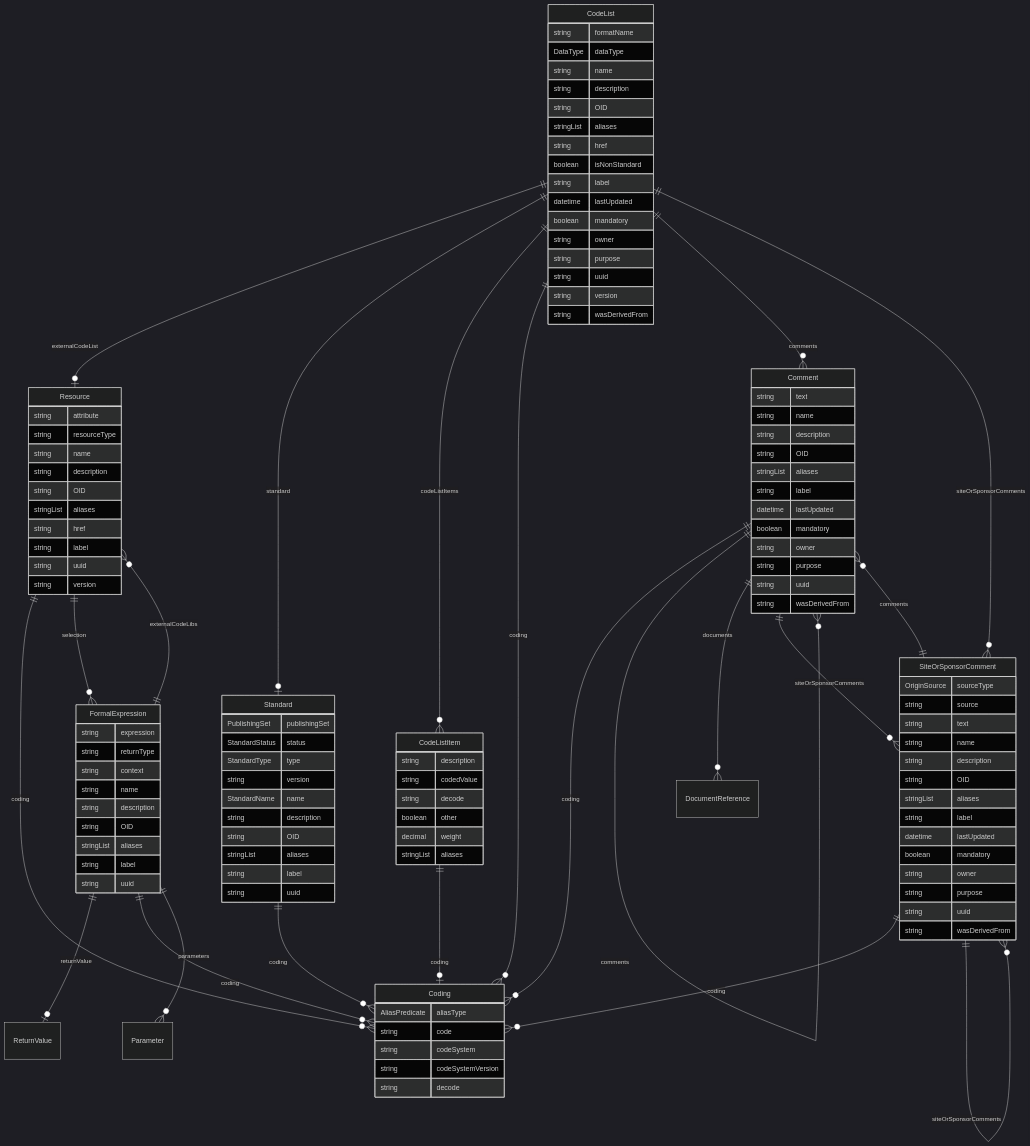
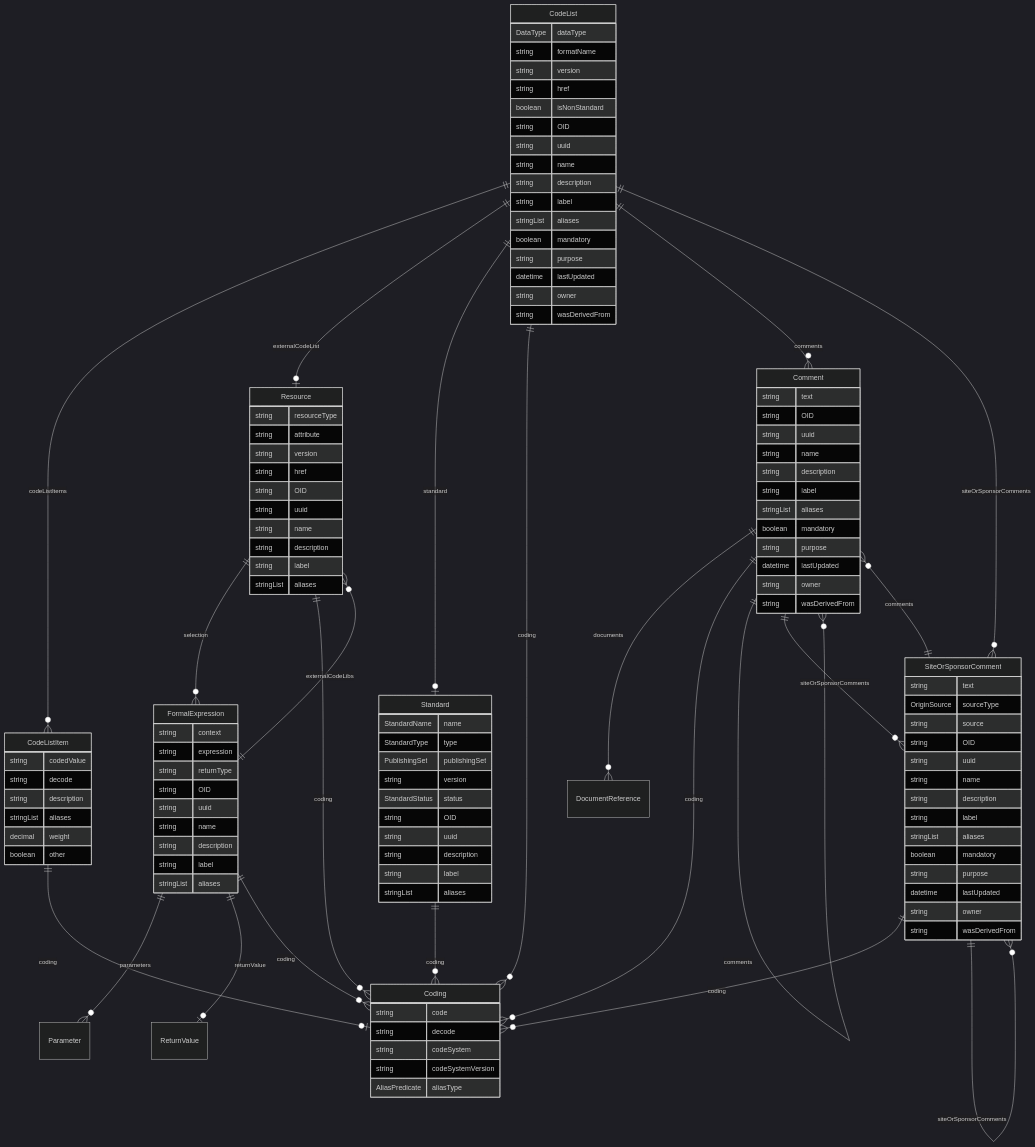
Before and after one commit to cdisc-org/DataExchange-DDS: the diagram in docs/classes/CodeList.md, drawn with Mermaid (dark theme). The commit also changed other lines of this file and 313 other files, not shown here.

````diff
--- a/docs/classes/CodeList.md
+++ b/docs/classes/CodeList.md
@@ -20,124 +15,124 @@
 ```mermaid
 erDiagram
 CodeList {
+    DataType dataType  
     string formatName  
-    DataType dataType  
+    string version  
+    string href  
+    boolean isNonStandard  
+    string OID  
+    string uuid  
     string name  
     string description  
-    string OID  
+    string label  
     stringList aliases  
-    string href  
-    boolean isNonStandard  
-    string label  
+    boolean mandatory  
+    string purpose  
     datetime lastUpdated  
-    boolean mandatory  
     string owner  
-    string purpose  
-    string uuid  
-    string version  
     string wasDerivedFrom  
 }
-CodeListItem {
+SiteOrSponsorComment {
+    string text  
+    OriginSource sourceType  
+    string source  
+    string OID  
+    string uuid  
+    string name  
     string description  
-    string codedValue  
-    string decode  
-    boolean other  
-    decimal weight  
+    string label  
     stringList aliases  
-}
-Coding {
-    AliasPredicate aliasType  
-    string code  
-    string codeSystem  
-    string codeSystemVersion  
-    string decode  
+    boolean mandatory  
+    string purpose  
+    datetime lastUpdated  
+    string owner  
+    string wasDerivedFrom  
 }
 Comment {
     string text  
+    string OID  
+    string uuid  
     string name  
     string description  
-    string OID  
+    string label  
     stringList aliases  
-    string label  
+    boolean mandatory  
+    string purpose  
     datetime lastUpdated  
-    boolean mandatory  
     string owner  
-    string purpose  
-    string uuid  
     string wasDerivedFrom  
 }
+Coding {
+    string code  
+    string decode  
+    string codeSystem  
+    string codeSystemVersion  
+    AliasPredicate aliasType  
+}
+Standard {
+    StandardName name  
+    StandardType type  
+    PublishingSet publishingSet  
+    string version  
+    StandardStatus status  
+    string OID  
+    string uuid  
+    string description  
+    string label  
+    stringList aliases  
+}
+Resource {
+    string resourceType  
+    string attribute  
+    string version  
+    string href  
+    string OID  
+    string uuid  
+    string name  
+    string description  
+    string label  
+    stringList aliases  
+}
 FormalExpression {
+    string context  
     string expression  
     string returnType  
-    string context  
+    string OID  
+    string uuid  
     string name  
     string description  
-    string OID  
+    string label  
     stringList aliases  
-    string label  
-    string uuid  
 }
-Resource {
-    string attribute  
-    string resourceType  
-    string name  
+CodeListItem {
+    string codedValue  
+    string decode  
     string description  
-    string OID  
     stringList aliases  
-    string href  
-    string label  
-    string uuid  
-    string version  
-}
-SiteOrSponsorComment {
-    OriginSource sourceType  
-    string source  
-    string text  
-    string name  
-    string description  
-    string OID  
-    stringList aliases  
-    string label  
-    datetime lastUpdated  
-    boolean mandatory  
-    string owner  
-    string purpose  
-    string uuid  
-    string wasDerivedFrom  
-}
-Standard {
-    PublishingSet publishingSet  
-    StandardStatus status  
-    StandardType type  
-    string version  
-    StandardName name  
-    string description  
-    string OID  
-    stringList aliases  
-    string label  
-    string uuid  
+    decimal weight  
+    boolean other  
 }
 
+CodeList ||--}o CodeListItem : "codeListItems"
 CodeList ||--|o Resource : "externalCodeList"
 CodeList ||--|o Standard : "standard"
-CodeList ||--}o CodeListItem : "codeListItems"
 CodeList ||--}o Coding : "coding"
 CodeList ||--}o Comment : "comments"
 CodeList ||--}o SiteOrSponsorComment : "siteOrSponsorComments"
-CodeListItem ||--|o Coding : "coding"
-Comment ||--}o Coding : "coding"
-Comment ||--}o Comment : "comments"
-Comment ||--}o DocumentReference : "documents"
-Comment ||--}o SiteOrSponsorComment : "siteOrSponsorComments"
-FormalExpression ||--|o ReturnValue : "returnValue"
-FormalExpression ||--}o Coding : "coding"
-FormalExpression ||--}o Parameter : "parameters"
-FormalExpression ||--}o Resource : "externalCodeLibs"
-Resource ||--}o Coding : "coding"
-Resource ||--}o FormalExpression : "selection"
 SiteOrSponsorComment ||--}o Coding : "coding"
 SiteOrSponsorComment ||--}o Comment : "comments"
 SiteOrSponsorComment ||--}o SiteOrSponsorComment : "siteOrSponsorComments"
+Comment ||--}o DocumentReference : "documents"
+Comment ||--}o Coding : "coding"
+Comment ||--}o Comment : "comments"
+Comment ||--}o SiteOrSponsorComment : "siteOrSponsorComments"
 Standard ||--}o Coding : "coding"
+Resource ||--}o FormalExpression : "selection"
+Resource ||--}o Coding : "coding"
+FormalExpression ||--}o Parameter : "parameters"
+FormalExpression ||--|o ReturnValue : "returnValue"
+FormalExpression ||--}o Resource : "externalCodeLibs"
+FormalExpression ||--}o Coding : "coding"
+CodeListItem ||--|o Coding : "coding"
 
 ```
````
